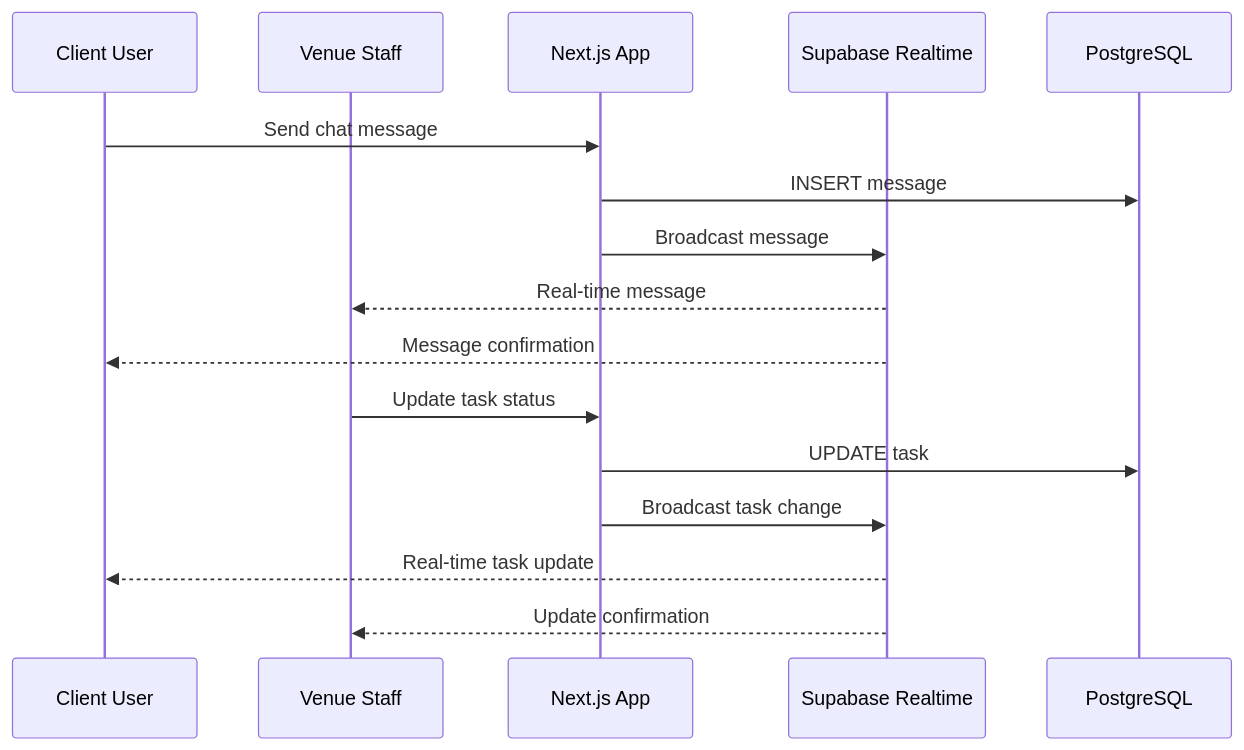
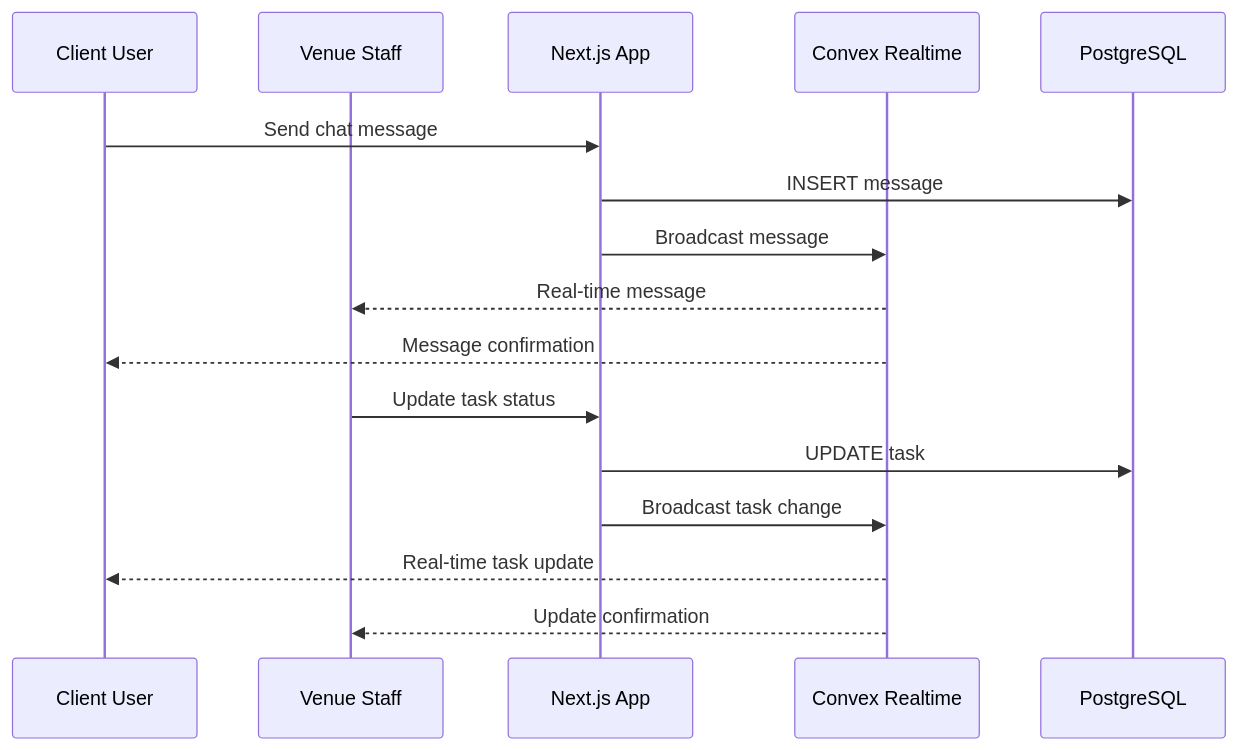
The third of 4 diagrams in docs/architecture.md (arne-braeckman/eventRunner), drawn with Mermaid before and after one commit. The commit also changed other lines of this file and 2 other files, not shown here.

First line of the commit message:
Migrate architecture docs from Supabase/Prisma to Convex

````diff
--- a/docs/architecture.md
+++ b/docs/architecture.md
@@ -440,20 +455,20 @@
 ```mermaid
 sequenceDiagram
     participant Client as Client User
     participant Staff as Venue Staff  
     participant App as Next.js App
-    participant Supabase as Supabase Realtime
+    participant Convex as Convex Realtime
     participant DB as PostgreSQL
     
     Client->>App: Send chat message
     App->>DB: INSERT message
-    App->>Supabase: Broadcast message
-    Supabase-->>Staff: Real-time message
-    Supabase-->>Client: Message confirmation
+    App->>Convex: Broadcast message
+    Convex-->>Staff: Real-time message
+    Convex-->>Client: Message confirmation
     
     Staff->>App: Update task status
     App->>DB: UPDATE task
-    App->>Supabase: Broadcast task change
-    Supabase-->>Client: Real-time task update
-    Supabase-->>Staff: Update confirmation
+    App->>Convex: Broadcast task change
+    Convex-->>Client: Real-time task update
+    Convex-->>Staff: Update confirmation
 ```
````
